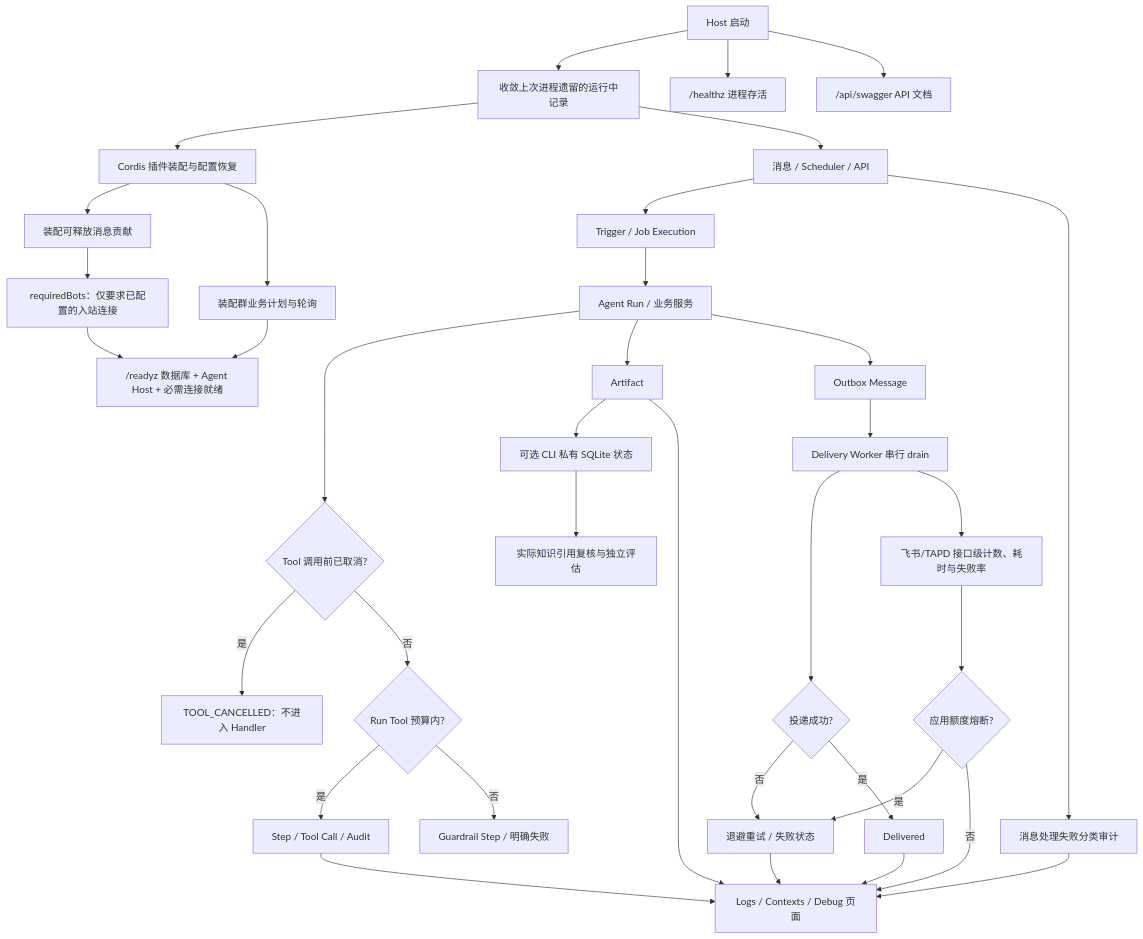
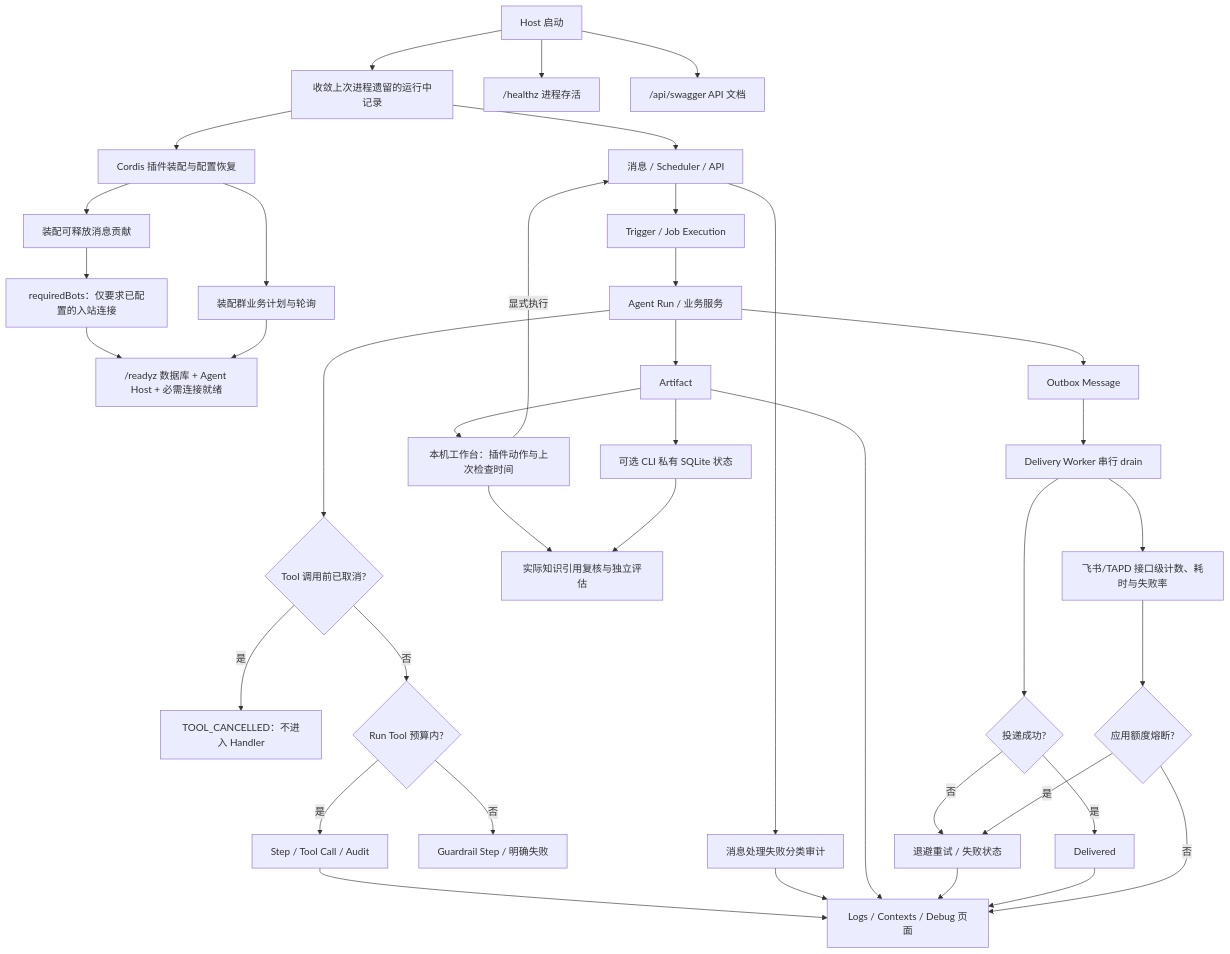
Before and after one commit to KlayPeter/AI-Delivery-Ops-Agent: the diagram in backend/src/platform/runtime/FEATURE.md, drawn with Mermaid. The commit also changed other lines of this file and 34 other files, not shown here.

````diff
--- a/backend/src/platform/runtime/FEATURE.md
+++ b/backend/src/platform/runtime/FEATURE.md
@@ -21,38 +21,41 @@
 ```mermaid
 flowchart TD
     R["Host 启动"] --> S["收敛上次进程遗留的运行中记录"]
     R --> Q["/healthz 进程存活"]
     R --> OAPI["/api/swagger API 文档"]
     S --> P["Cordis 插件装配与配置恢复"]
     P --> MR["装配可释放消息贡献"]
     MR --> BC["requiredBots：仅要求已配置的入站连接"]
     BC --> Z["/readyz 数据库 + Agent Host + 必需连接就绪"]
     P --> SJ[装配群业务计划与轮询]
     SJ --> Z
     S --> A["消息 / Scheduler / API"]
     A --> B["Trigger / Job Execution"]
     B --> C["Agent Run / 业务服务"]
     C --> TC{"Tool 调用前已取消?"}
     TC -- 是 --> TR["TOOL_CANCELLED：不进入 Handler"]
     TC -- 否 --> L{"Run Tool 预算内?"}
     L -- 是 --> D["Step / Tool Call / Audit"]
     L -- 否 --> M["Guardrail Step / 明确失败"]
     C --> E["Artifact"]
     C --> F["Outbox Message"]
     F --> G["Delivery Worker 串行 drain"]
     G --> H{"投递成功?"}
     H -- 否 --> I["退避重试 / 失败状态"]
     H -- 是 --> J["Delivered"]
     D --> K["Logs / Contexts / Debug 页面"]
     A --> X["消息处理失败分类审计"]
     X --> K
+    E --> WA[本机工作台：插件动作与上次检查时间]
+    WA -- 显式执行 --> A
+    WA --> IC
     E --> KS[可选 CLI 私有 SQLite 状态]
     KS --> IC[实际知识引用复核与独立评估]
     E --> K
     I --> K
     J --> K
     G --> Y["飞书/TAPD 接口级计数、耗时与失败率"]
     Y --> Z1{"应用额度熔断?"}
     Z1 -- "是" --> I
     Z1 -- "否" --> K
 ```
````
